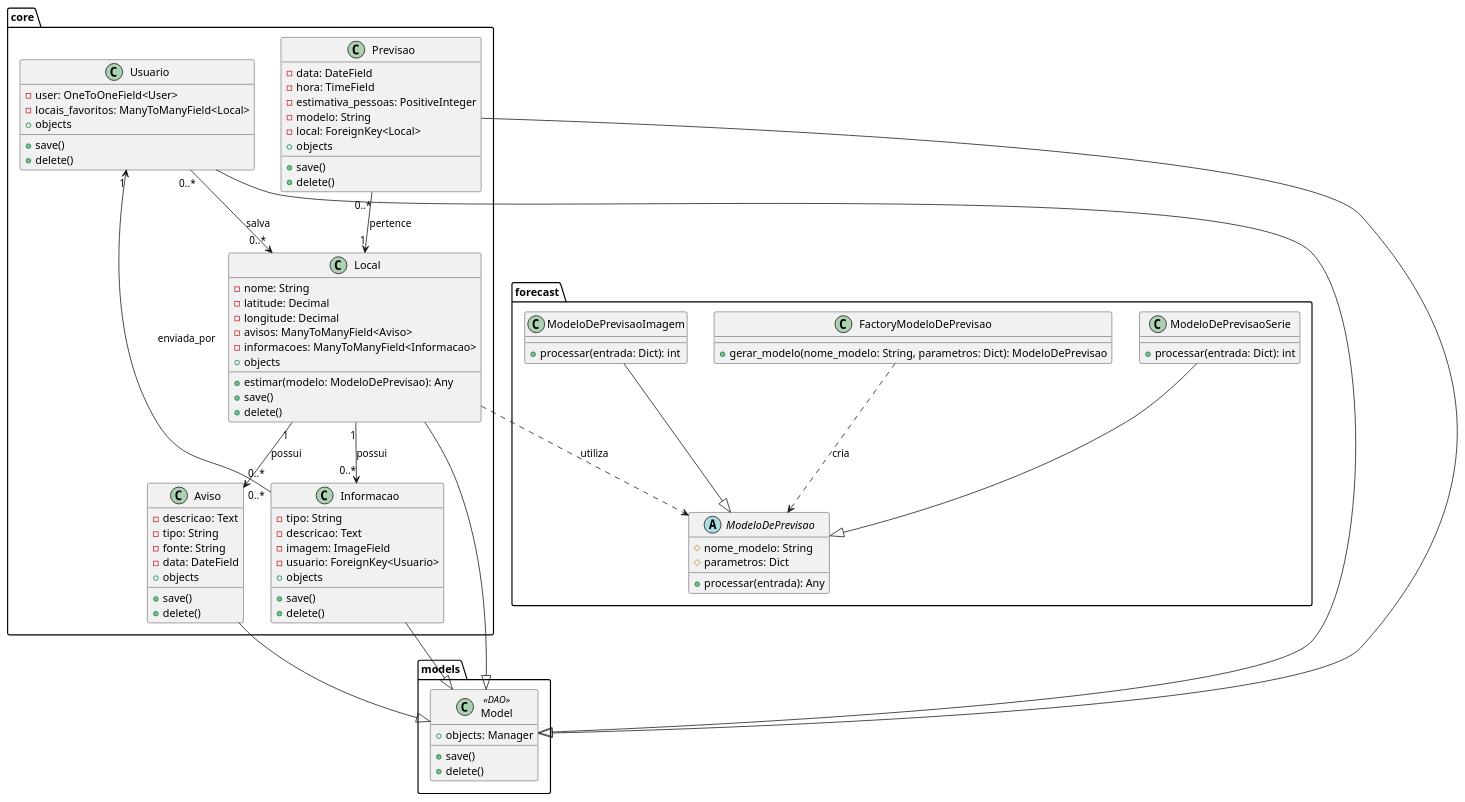
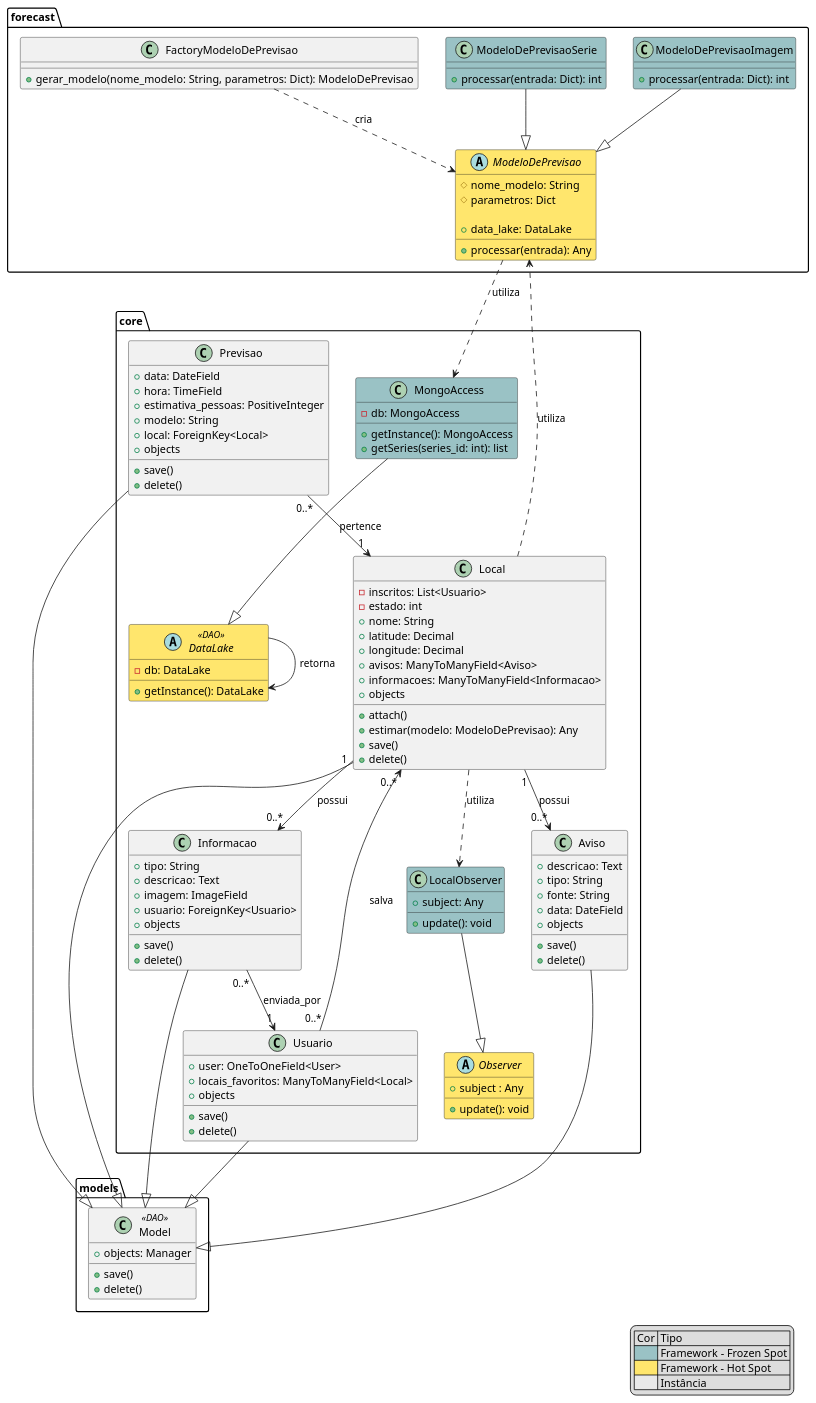
One commit to rodrigomotta1/inf2125 changed the diagram in docs/diagrama_classes.puml. Above: the diagram before and after it, drawn with PlantUML. The commit also changed 6 other files, not shown here.

```diff
--- a/docs/diagrama_classes.puml
+++ b/docs/diagrama_classes.puml
@@ -1,114 +1,149 @@
 @startuml
+
+legend right
+  | Cor | Tipo |
+  |<#9AC2C5>| Framework - Frozen Spot |
+  |<#ffe66d>| Framework - Hot Spot|
+  |<#E9E9E9>| Instância |
+endlegend
+
 package models {
-    ' Representando o DAO padrão do Django
     class models.Model <<DAO>> {
         + save()
         + delete()
         + objects: Manager
     }
 }
 
 package forecast {
-    ' Classe abstrata ModeloDePrevisao
-    abstract class ModeloDePrevisao {
+    abstract class ModeloDePrevisao #ffe66d {
         # nome_modelo: String
         # parametros: Dict
         + processar(entrada): Any
+        
+        + data_lake: DataLake
     }
 
-    ' Classe especializada ModeloDePrevisaoImagem
-    class ModeloDePrevisaoImagem {
+    class ModeloDePrevisaoImagem #9AC2C5 {
         + processar(entrada: Dict): int
     }
 
     ModeloDePrevisaoImagem --|> ModeloDePrevisao
 
-    ' Classe especializada ModeloDePrevisaoSerie
-    class ModeloDePrevisaoSerie {
+    class ModeloDePrevisaoSerie #9AC2C5 {
         + processar(entrada: Dict): int
     }
 
     ModeloDePrevisaoSerie --|> ModeloDePrevisao
 
-    ' Classe Factory para gerar modelos de previsão
     class FactoryModeloDePrevisao {
         + gerar_modelo(nome_modelo: String, parametros: Dict): ModeloDePrevisao
     }
 
     FactoryModeloDePrevisao ..> ModeloDePrevisao : cria
+    
 }
 
 package core {
-    ' Classe Usuario herda de models.Model
+    abstract class Observer #ffe66d {
+        + subject : Any
+        + update(): void
+    }
+
+    class LocalObserver #9AC2C5{
+        + subject: Any
+        + update(): void
+    }
+
+    LocalObserver --|> Observer
+
+    abstract class DataLake <<DAO>> #ffe66d {
+        - db: DataLake
+        + getInstance(): DataLake
+    }
+
+    DataLake --> DataLake : retorna
+    
+    class MongoAccess #9AC2C5{
+        - db: MongoAccess
+        + getInstance(): MongoAccess
+        + getSeries(series_id: int): list
+    }
+    
+    MongoAccess --|> core.DataLake
+
     class Usuario {
-        - user: OneToOneField<User>
-        - locais_favoritos: ManyToManyField<Local>
+        + user: OneToOneField<User>
+        + locais_favoritos: ManyToManyField<Local>
         + save()
         + delete()
         + objects
     }
 
     Usuario --|> models.Model
     Usuario "0..*" --> "0..*" Local : salva
 
-    ' Classe Local herda de models.Model
     class Local {
-        - nome: String
-        - latitude: Decimal
-        - longitude: Decimal
-        - avisos: ManyToManyField<Aviso>
-        - informacoes: ManyToManyField<Informacao>
+        - inscritos: List<Usuario>
+        - estado: int
+        + attach()
+        + nome: String
+        + latitude: Decimal
+        + longitude: Decimal
+        + avisos: ManyToManyField<Aviso>
+        + informacoes: ManyToManyField<Informacao>
         + estimar(modelo: ModeloDePrevisao): Any
         + save()
         + delete()
         + objects
     }
 
     Local --|> models.Model
     Local "1" --> "0..*" Aviso : possui
     Local "1" --> "0..*" Informacao : possui
     Local ..> ModeloDePrevisao : utiliza
+    Local ..> LocalObserver : utiliza
 
-    ' Classe Previsao herda de models.Model
     class Previsao {
-        - data: DateField
-        - hora: TimeField
-        - estimativa_pessoas: PositiveInteger
-        - modelo: String
-        - local: ForeignKey<Local>
+        + data: DateField
+        + hora: TimeField
+        + estimativa_pessoas: PositiveInteger
+        + modelo: String
+        + local: ForeignKey<Local>
         + save()
         + delete()
         + objects
     }
 
     Previsao --|> models.Model
     Previsao "0..*" --> "1" Local : pertence
 
-    ' Classe Aviso herda de models.Model
     class Aviso {
-        - descricao: Text
-        - tipo: String
-        - fonte: String
-        - data: DateField
+        + descricao: Text
+        + tipo: String
+        + fonte: String
+        + data: DateField
         + save()
         + delete()
         + objects
     }
 
     Aviso --|> models.Model
 
-    ' Classe Informacao herda de models.Model
     class Informacao {
-        - tipo: String
-        - descricao: Text
-        - imagem: ImageField
-        - usuario: ForeignKey<Usuario>
+        + tipo: String
+        + descricao: Text
+        + imagem: ImageField
+        + usuario: ForeignKey<Usuario>
         + save()
         + delete()
         + objects
     }
 
     Informacao --|> models.Model
     Informacao "0..*" --> "1" Usuario : enviada_por
+    
+    forecast.ModeloDePrevisao ..> MongoAccess : utiliza
 }
+
 @enduml
```
